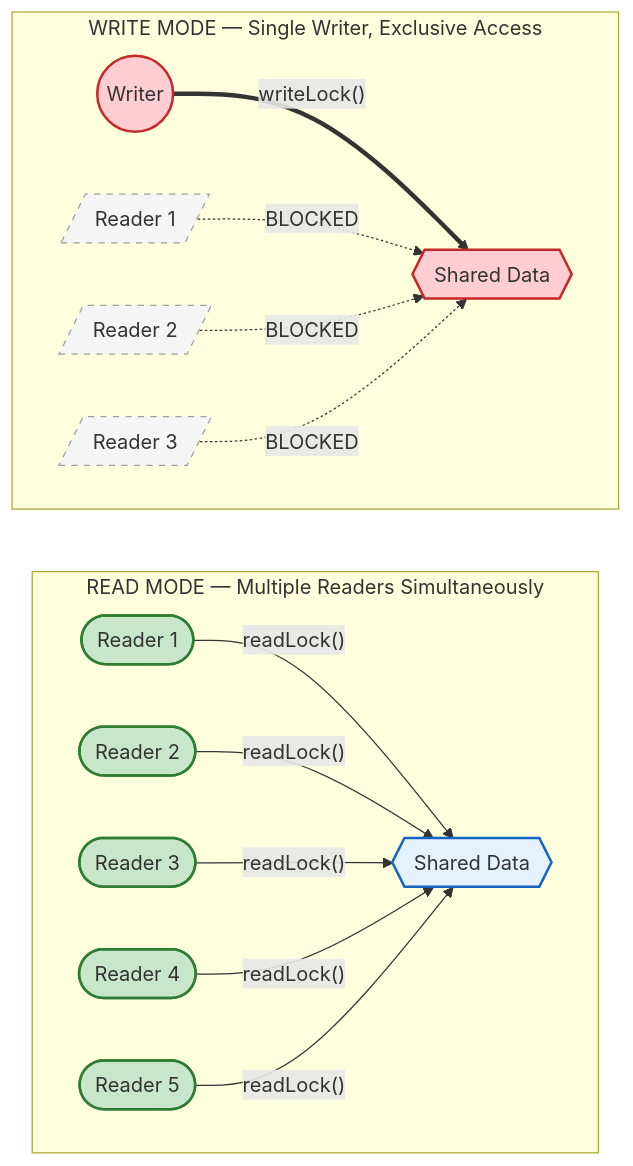
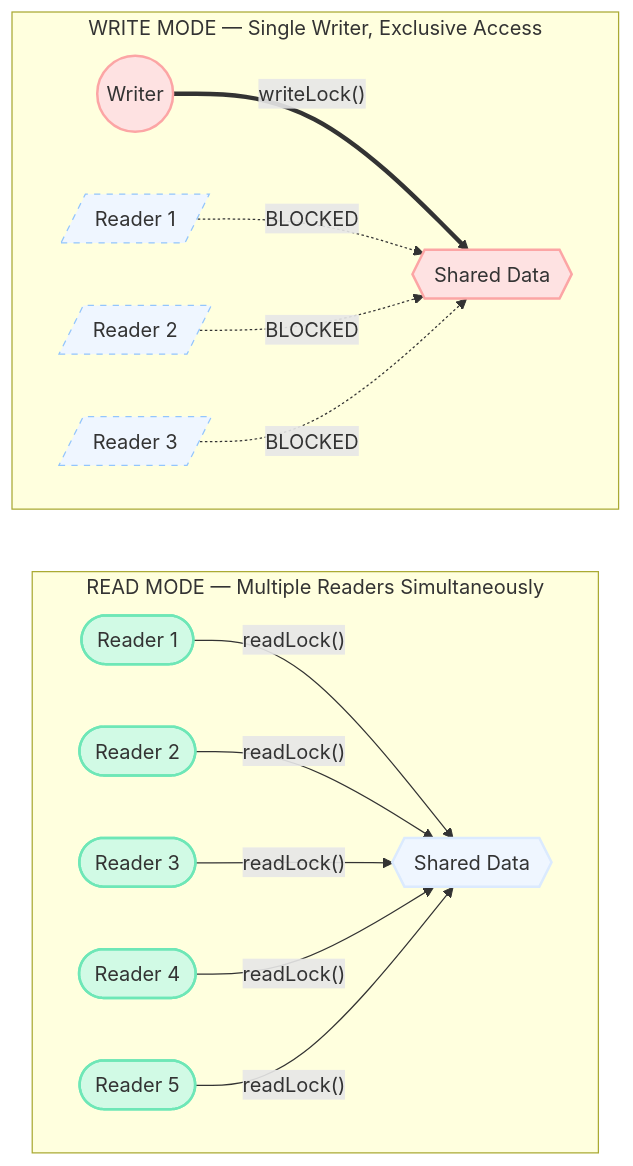
Before and after one commit to saivamsikaruturi/vamsilabs-dev-notes-main: the first of 2 diagrams in docs/java/Locks.md, drawn with Mermaid. The commit also changed other lines of this file and 220 other files, not shown here.

First line of the commit message:
Add 50+ new Java/Spring Boot pages, rewrite CSS code blocks to Oracle style, fix all diagram colors

````diff
--- a/docs/java/Locks.md
+++ b/docs/java/Locks.md
@@ -440,31 +440,31 @@
 ```mermaid
 flowchart LR
     subgraph ReadMode["READ MODE — Multiple Readers Simultaneously"]
         direction LR
         R1(["Reader 1"]) -->|"readLock()"| DATA1{{"Shared Data"}}
         R2(["Reader 2"]) -->|"readLock()"| DATA1
         R3(["Reader 3"]) -->|"readLock()"| DATA1
         R4(["Reader 4"]) -->|"readLock()"| DATA1
         R5(["Reader 5"]) -->|"readLock()"| DATA1
     end
 
     subgraph WriteMode["WRITE MODE — Single Writer, Exclusive Access"]
         direction LR
         W1(("Writer")) ==>|"writeLock()"| DATA2{{"Shared Data"}}
         RB1[/"Reader 1"/] -.->|"BLOCKED"| DATA2
         RB2[/"Reader 2"/] -.->|"BLOCKED"| DATA2
         RB3[/"Reader 3"/] -.->|"BLOCKED"| DATA2
     end
 
-    style R1 fill:#c8e6c9,stroke:#2e7d32,stroke-width:2px
-    style R2 fill:#c8e6c9,stroke:#2e7d32,stroke-width:2px
-    style R3 fill:#c8e6c9,stroke:#2e7d32,stroke-width:2px
-    style R4 fill:#c8e6c9,stroke:#2e7d32,stroke-width:2px
-    style R5 fill:#c8e6c9,stroke:#2e7d32,stroke-width:2px
-    style DATA1 fill:#e3f2fd,stroke:#1565c0,stroke-width:2px
-    style W1 fill:#ffcdd2,stroke:#c62828,stroke-width:2px
-    style DATA2 fill:#ffcdd2,stroke:#c62828,stroke-width:2px
-    style RB1 fill:#f5f5f5,stroke:#9e9e9e,stroke-width:1px,stroke-dasharray: 5 5
-    style RB2 fill:#f5f5f5,stroke:#9e9e9e,stroke-width:1px,stroke-dasharray: 5 5
-    style RB3 fill:#f5f5f5,stroke:#9e9e9e,stroke-width:1px,stroke-dasharray: 5 5
+    style R1 fill:#D1FAE5,stroke:#6EE7B7,stroke-width:2px
+    style R2 fill:#D1FAE5,stroke:#6EE7B7,stroke-width:2px
+    style R3 fill:#D1FAE5,stroke:#6EE7B7,stroke-width:2px
+    style R4 fill:#D1FAE5,stroke:#6EE7B7,stroke-width:2px
+    style R5 fill:#D1FAE5,stroke:#6EE7B7,stroke-width:2px
+    style DATA1 fill:#EFF6FF,stroke:#DBEAFE,stroke-width:2px
+    style W1 fill:#FEE2E2,stroke:#FCA5A5,stroke-width:2px
+    style DATA2 fill:#FEE2E2,stroke:#FCA5A5,stroke-width:2px
+    style RB1 fill:#EFF6FF,stroke:#93C5FD,stroke-width:1px,stroke-dasharray: 5 5
+    style RB2 fill:#EFF6FF,stroke:#93C5FD,stroke-width:1px,stroke-dasharray: 5 5
+    style RB3 fill:#EFF6FF,stroke:#93C5FD,stroke-width:1px,stroke-dasharray: 5 5
 ```
````
